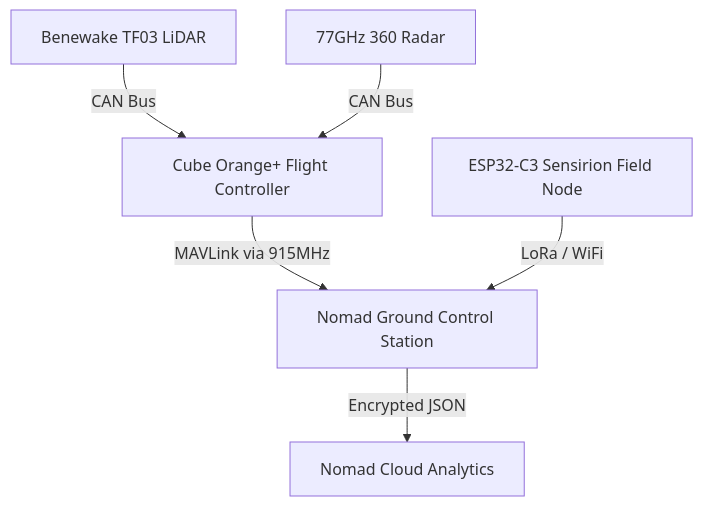
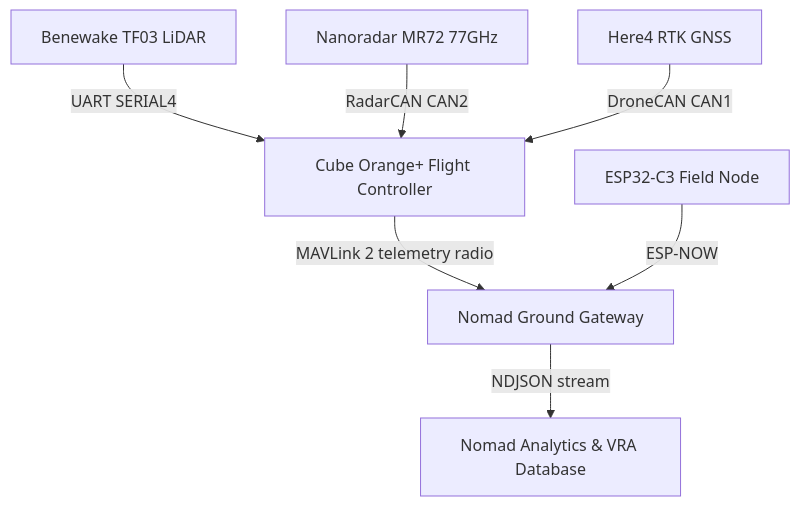
One commit to Duszed/Nomad-Aerospace-Flight-Systems changed the diagram in README.md. Above: the diagram before and after it, drawn with Mermaid. The commit also changed other lines of this file, not shown here.

````diff
--- a/README.md
+++ b/README.md
@@ -30,8 +34,9 @@
 ```mermaid
 graph TD
-    A[Cube Orange+ Flight Controller] -->|MAVLink via 915MHz| B[Nomad Ground Control Station]
-    C[Benewake TF03 LiDAR] -->|CAN Bus| A
-    D[77GHz 360 Radar] -->|CAN Bus| A
-    E[ESP32-C3 Sensirion Field Node] -->|LoRa / WiFi| B
-    B -->|Encrypted JSON| F[Nomad Cloud Analytics]
+    A[Cube Orange+ Flight Controller] -->|MAVLink 2 telemetry radio| B[Nomad Ground Gateway]
+    C[Benewake TF03 LiDAR] -->|UART SERIAL4| A
+    D[Nanoradar MR72 77GHz] -->|RadarCAN CAN2| A
+    G[Here4 RTK GNSS] -->|DroneCAN CAN1| A
+    E[ESP32-C3 Field Node] -->|ESP-NOW| B
+    B -->|NDJSON stream| F[Nomad Analytics & VRA Database]
 ```
````
